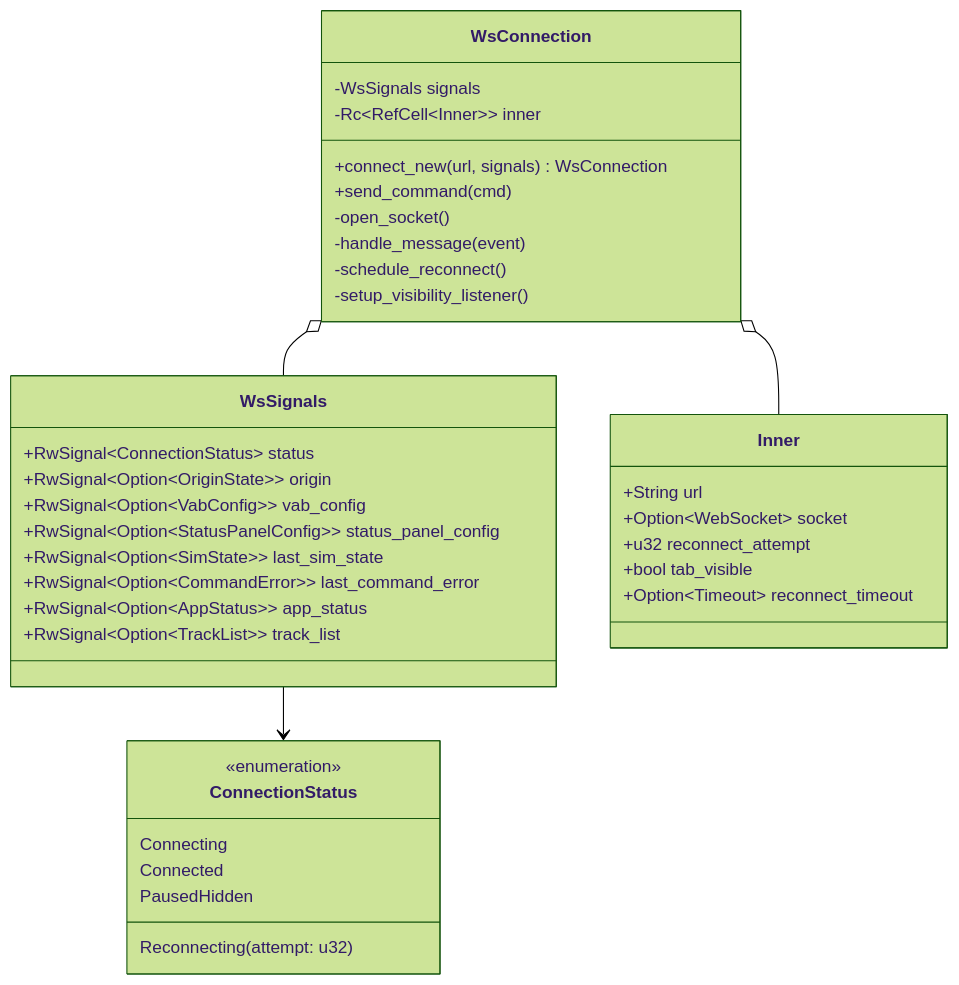
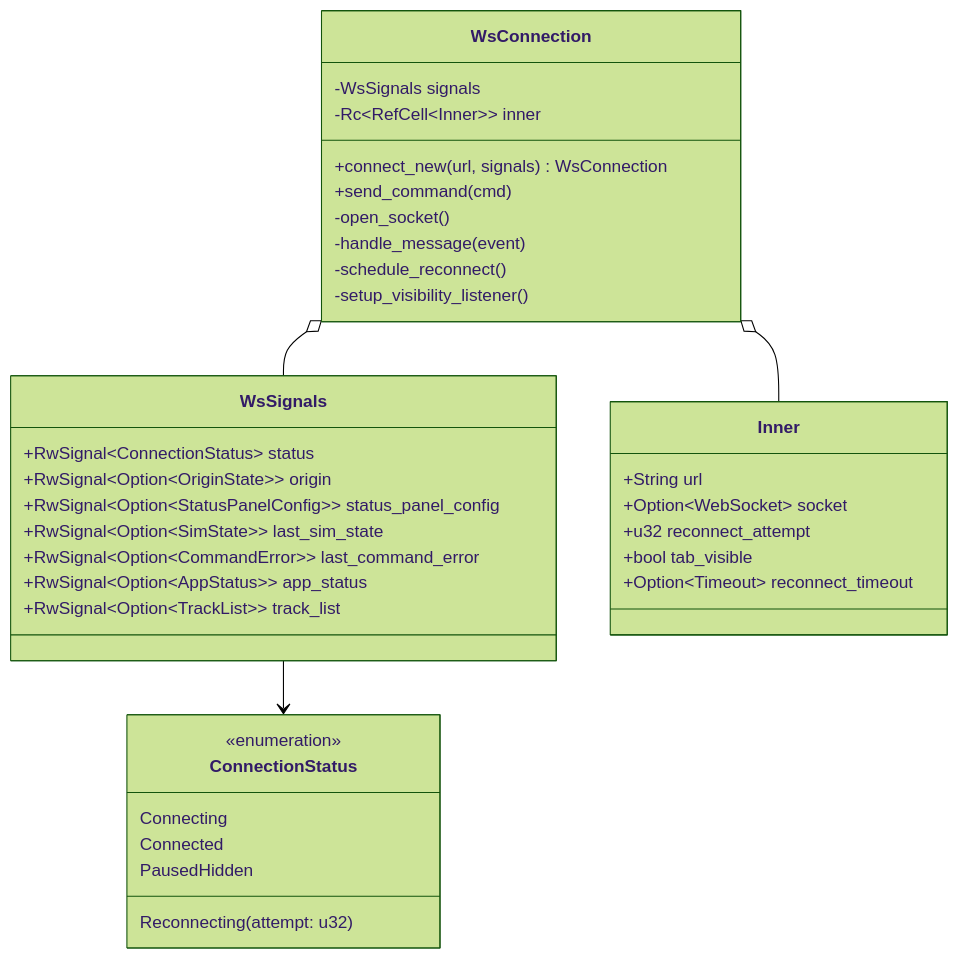
One commit to ham1a6/SimulationView changed diagram 11 of 18 in docs/DETAILED_DESIGN.md. Above: the diagram before and after it, drawn with Mermaid (forest theme). The commit also changed other lines of this file and 10 other files, not shown here.

````diff
--- a/docs/DETAILED_DESIGN.md
+++ b/docs/DETAILED_DESIGN.md
@@ -815,41 +793,40 @@
 ```mermaid
 classDiagram
     class WsSignals {
         +RwSignal~ConnectionStatus~ status
         +RwSignal~Option~OriginState~~ origin
-        +RwSignal~Option~VabConfig~~ vab_config
         +RwSignal~Option~StatusPanelConfig~~ status_panel_config
         +RwSignal~Option~SimState~~ last_sim_state
         +RwSignal~Option~CommandError~~ last_command_error
         +RwSignal~Option~AppStatus~~ app_status
         +RwSignal~Option~TrackList~~ track_list
     }
     class WsConnection {
         -WsSignals signals
         -Rc~RefCell~Inner~~ inner
         +connect_new(url, signals) WsConnection
         +send_command(cmd)
         -open_socket()
         -handle_message(event)
         -schedule_reconnect()
         -setup_visibility_listener()
     }
     class Inner {
         +String url
         +Option~WebSocket~ socket
         +u32 reconnect_attempt
         +bool tab_visible
         +Option~Timeout~ reconnect_timeout
     }
     class ConnectionStatus {
         <<enumeration>>
         Connecting
         Connected
         Reconnecting(attempt: u32)
         PausedHidden
     }
 
     WsConnection o-- WsSignals
     WsConnection o-- Inner
     WsSignals --> ConnectionStatus
 ```
````
